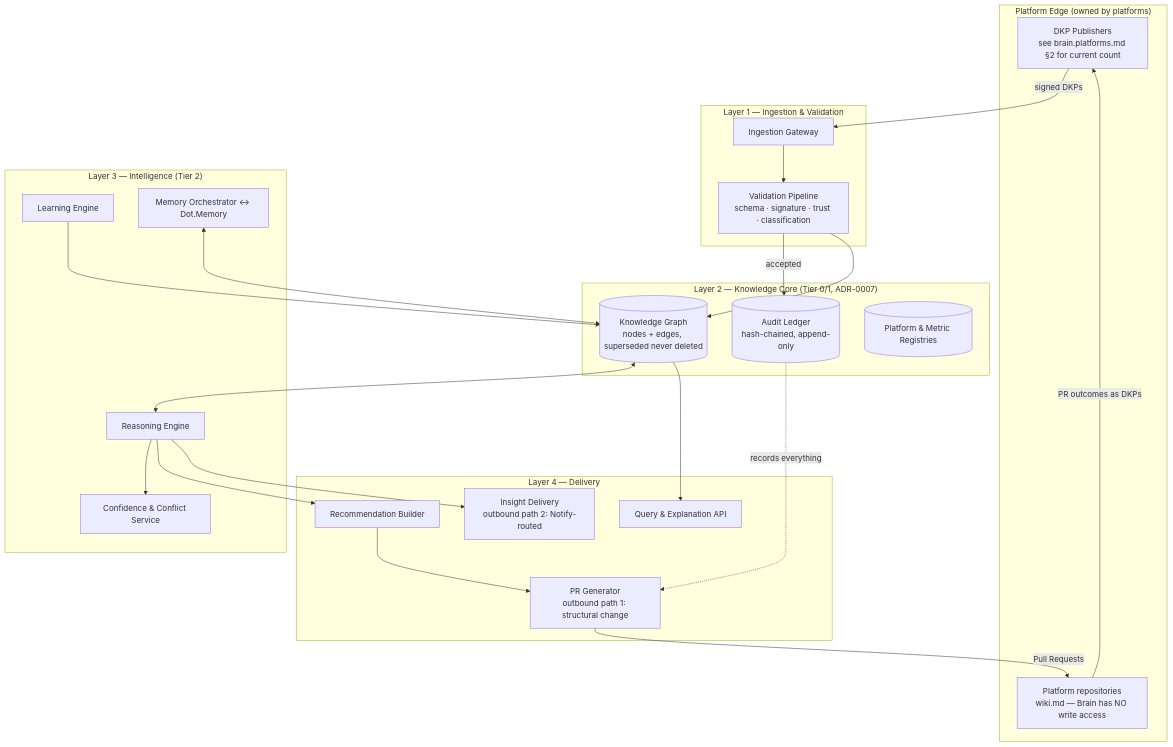
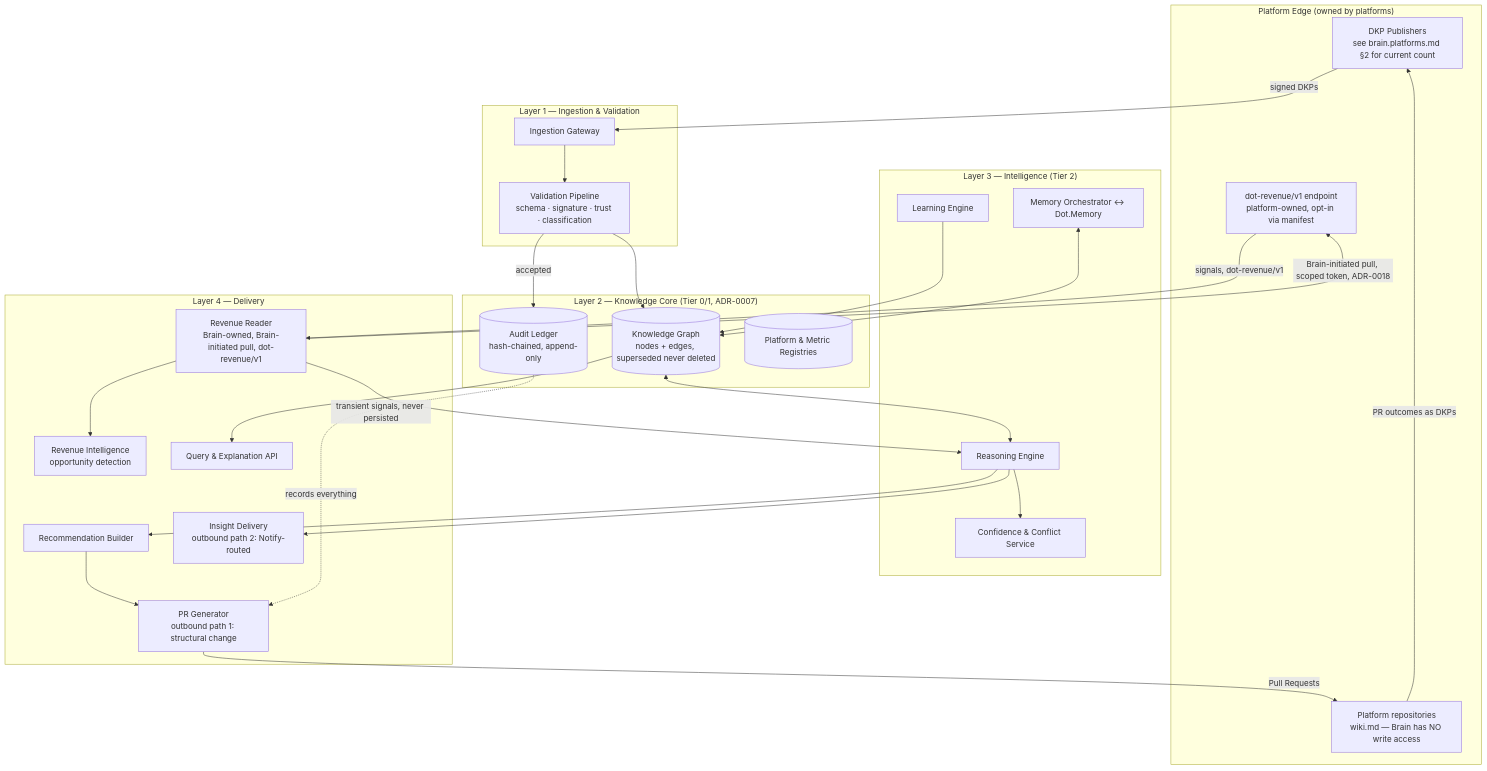
Before and after one commit to sakhilebhayi/Dot.Brain: the first of 2 diagrams in brain.architecture.md, drawn with Mermaid. The commit also changed other lines of this file and 40 other files, not shown here.

````diff
--- a/brain.architecture.md
+++ b/brain.architecture.md
@@ -31,40 +31,47 @@
 ```mermaid
 graph TB
     subgraph P["Platform Edge (owned by platforms)"]
         PUB[DKP Publishers<br/>see brain.platforms.md §2 for current count]
         REPOS[Platform repositories<br/>wiki.md — Brain has NO write access]
+        REVEP[dot-revenue/v1 endpoint<br/>platform-owned, opt-in via manifest]
     end
     subgraph L1["Layer 1 — Ingestion & Validation"]
         GW[Ingestion Gateway]
         VAL[Validation Pipeline<br/>schema · signature · trust · classification]
     end
     subgraph L2["Layer 2 — Knowledge Core (Tier 0/1, ADR-0007)"]
         LEDGER[(Audit Ledger<br/>hash-chained, append-only)]
         GRAPH[(Knowledge Graph<br/>nodes + edges, superseded never deleted)]
         REG[(Platform & Metric Registries)]
     end
     subgraph L3["Layer 3 — Intelligence (Tier 2)"]
         REASON[Reasoning Engine]
         LEARN[Learning Engine]
         MEM[Memory Orchestrator ↔ Dot.Memory]
         CONF[Confidence & Conflict Service]
     end
     subgraph L4["Layer 4 — Delivery"]
         REC[Recommendation Builder]
         PRGEN[PR Generator<br/>outbound path 1: structural change]
         INSDEL[Insight Delivery<br/>outbound path 2: Notify-routed]
+        REVREAD[Revenue Reader<br/>Brain-owned, Brain-initiated pull, dot-revenue/v1]
+        REVINTEL[Revenue Intelligence<br/>opportunity detection]
         QUERY[Query & Explanation API]
     end
     PUB -->|signed DKPs| GW --> VAL
     VAL -->|accepted| LEDGER
     VAL --> GRAPH
     GRAPH <--> REASON
     REASON --> CONF
     LEARN --> GRAPH
     MEM <--> GRAPH
     REASON --> REC --> PRGEN -->|Pull Requests| REPOS
     REASON --> INSDEL
+    REVREAD -->|Brain-initiated pull, scoped token, ADR-0018| REVEP
+    REVEP -->|signals, dot-revenue/v1| REVREAD
+    REVREAD -->|transient signals, never persisted| REASON
+    REVREAD --> REVINTEL
     REPOS -->|PR outcomes as DKPs| PUB
     GRAPH --> QUERY
     LEDGER -.records everything.-> PRGEN
 ```
````
